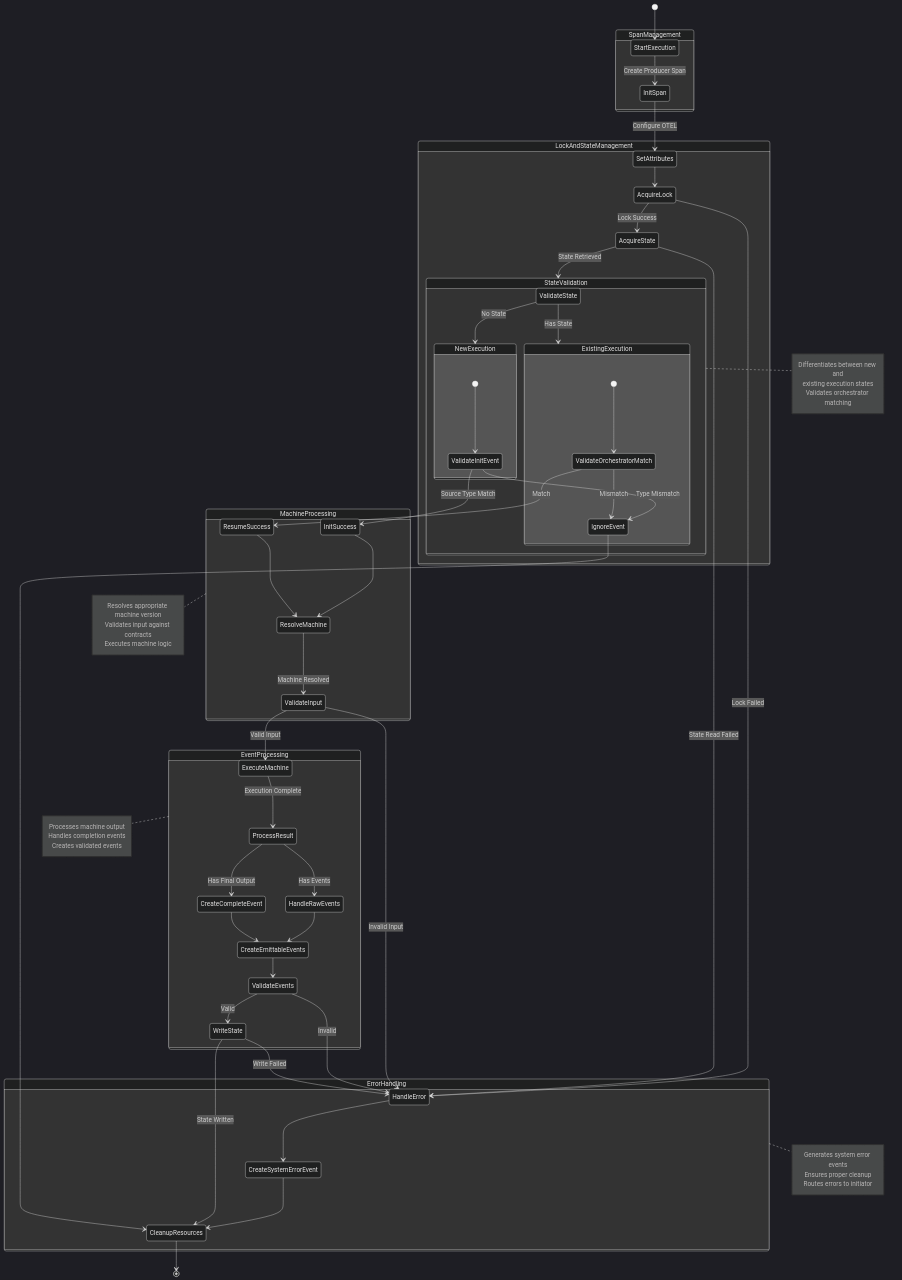
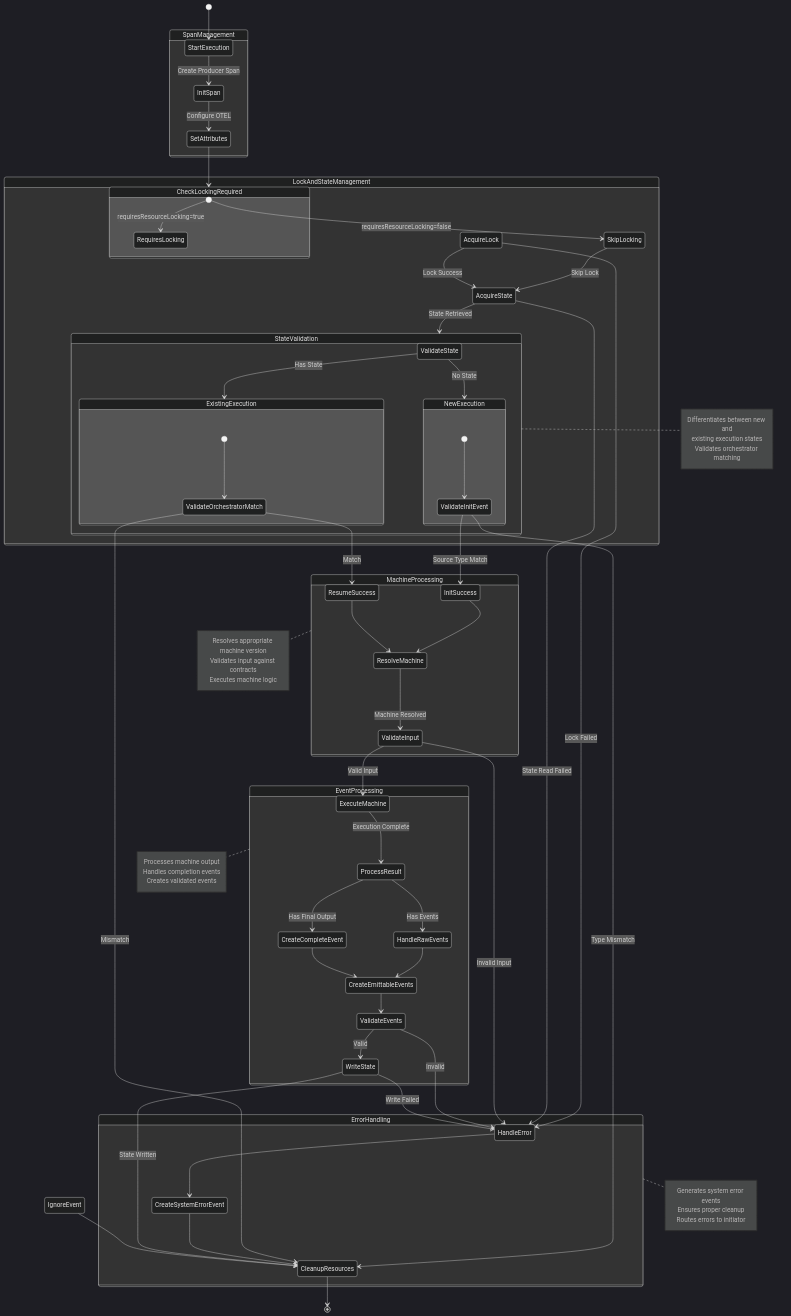
The first of 2 diagrams in src/ArvoOrchestrator/ExecutionDiagrams.md (SaadAhmad123/arvo-xstate), drawn with Mermaid (dark theme) before and after one commit. The commit also changed 38 other files, not shown here.

```diff
--- a/src/ArvoOrchestrator/ExecutionDiagrams.md
+++ b/src/ArvoOrchestrator/ExecutionDiagrams.md
@@ -24,10 +24,17 @@
     state SpanManagement {
         StartExecution --> InitSpan: Create Producer Span
         InitSpan --> SetAttributes: Configure OTEL
+        SetAttributes --> CheckLockingRequired
     }
 
     state LockAndStateManagement {
-        SetAttributes --> AcquireLock
+
+        state CheckLockingRequired {
+            [*] --> RequiresLocking: requiresResourceLocking=true
+            [*] --> SkipLocking: requiresResourceLocking=false
+        }
+        SkipLocking --> AcquireState: Skip Lock
+
         AcquireLock --> AcquireState: Lock Success
         AcquireLock --> HandleError: Lock Failed
         AcquireState --> StateValidation: State Retrieved
@@ -41,13 +48,13 @@
         state NewExecution {
             [*] --> ValidateInitEvent
             ValidateInitEvent --> InitSuccess: Source Type Match
-            ValidateInitEvent --> IgnoreEvent: Type Mismatch
+            ValidateInitEvent --> CleanupResources: Type Mismatch
         }
 
         state ExistingExecution {
             [*] --> ValidateOrchestratorMatch
             ValidateOrchestratorMatch --> ResumeSuccess: Match
-            ValidateOrchestratorMatch --> IgnoreEvent: Mismatch
+            ValidateOrchestratorMatch --> CleanupResources: Mismatch
         }
     }
 
```
